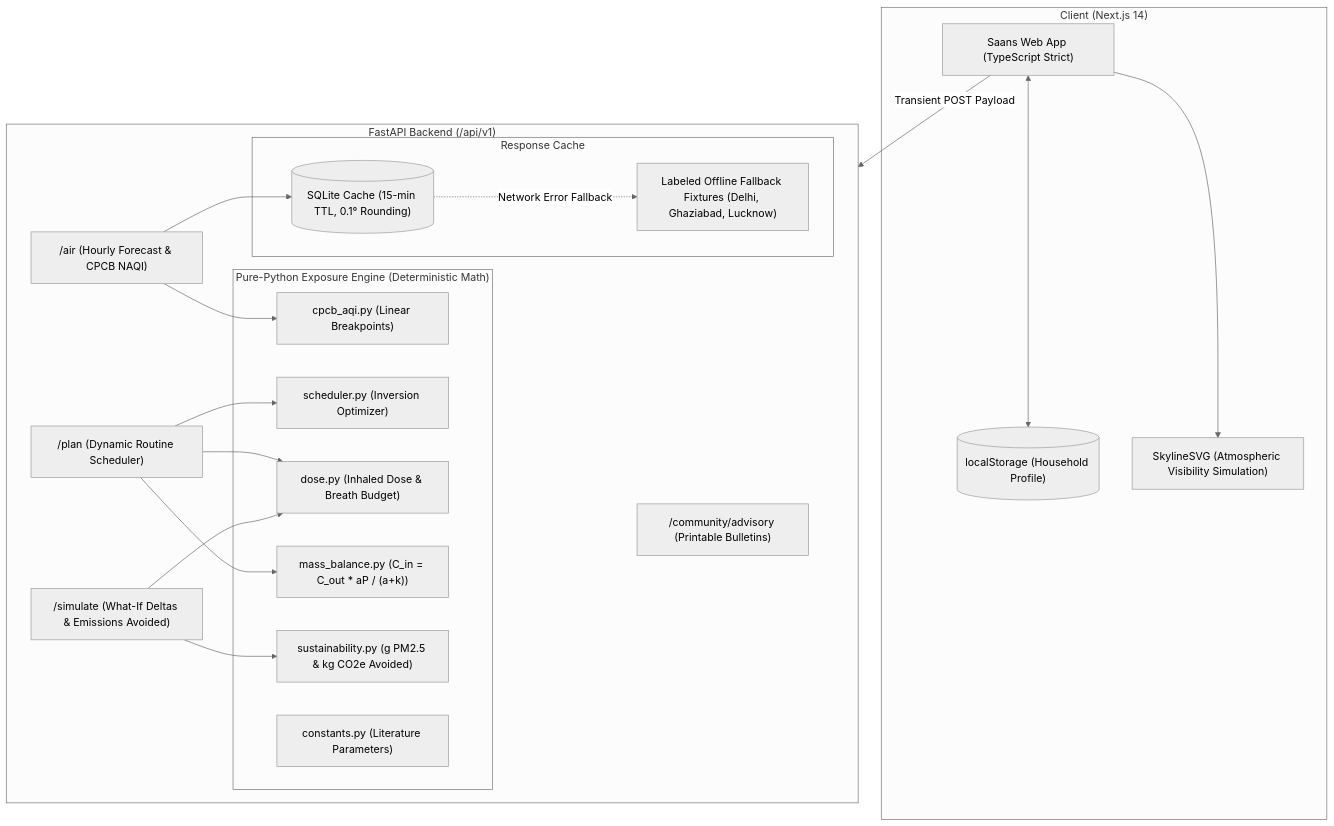
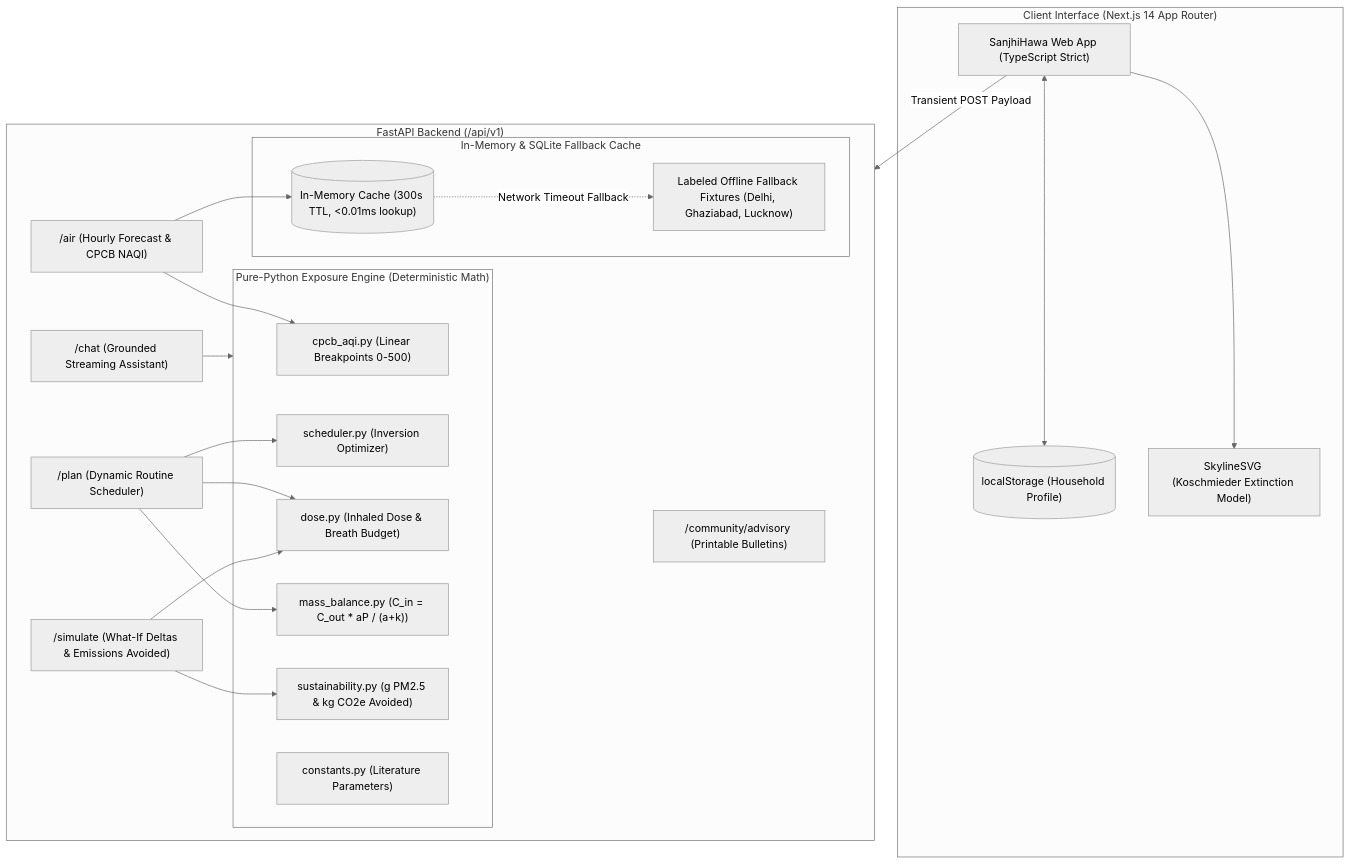
The diagram in README.md (MohanishDas07/sanjhihawa), drawn with Mermaid (neutral theme) before and after one commit. The commit also changed other lines of this file and 1 other file, not shown here.

````diff
--- a/README.md
+++ b/README.md
@@ -49,42 +50,44 @@
 ```mermaid
 flowchart TD
-    subgraph Browser ["Client (Next.js 14)"]
-        UI["Saans Web App (TypeScript Strict)"]
+    subgraph Browser ["Client Interface (Next.js 14 App Router)"]
+        UI["SanjhiHawa Web App (TypeScript Strict)"]
         LocalStorage[("localStorage (Household Profile)")]
-        Skyline["SkylineSVG (Atmospheric Visibility Simulation)"]
+        Skyline["SkylineSVG (Koschmieder Extinction Model)"]
         
         UI <--> LocalStorage
         UI --> Skyline
     end
 
     subgraph Backend ["FastAPI Backend (/api/v1)"]
         RouterAir["/air (Hourly Forecast & CPCB NAQI)"]
         RouterPlan["/plan (Dynamic Routine Scheduler)"]
         RouterSim["/simulate (What-If Deltas & Emissions Avoided)"]
         RouterCommunity["/community/advisory (Printable Bulletins)"]
+        RouterChat["/chat (Grounded Streaming Assistant)"]
         
         subgraph Engine ["Pure-Python Exposure Engine (Deterministic Math)"]
-            CPCBAQI["cpcb_aqi.py (Linear Breakpoints)"]
+            CPCBAQI["cpcb_aqi.py (Linear Breakpoints 0-500)"]
             MassBalance["mass_balance.py (C_in = C_out * aP / (a+k))"]
             DoseCalc["dose.py (Inhaled Dose & Breath Budget)"]
             Scheduler["scheduler.py (Inversion Optimizer)"]
             Sustainability["sustainability.py (g PM2.5 & kg CO2e Avoided)"]
             Constants["constants.py (Literature Parameters)"]
         end
         
-        subgraph Cache ["Response Cache"]
-            SQLiteCache[("SQLite Cache (15-min TTL, 0.1° Rounding)")]
+        subgraph Cache ["In-Memory & SQLite Fallback Cache"]
+            MemCache[("In-Memory Cache (300s TTL, <0.01ms lookup)")]
             Fixtures["Labeled Offline Fallback Fixtures (Delhi, Ghaziabad, Lucknow)"]
         end
     end
 
     UI -->|"Transient POST Payload"| Backend
     RouterAir --> CPCBAQI
-    RouterAir --> SQLiteCache
-    SQLiteCache -.->|"Network Error Fallback"| Fixtures
+    RouterAir --> MemCache
+    MemCache -.->|"Network Timeout Fallback"| Fixtures
     RouterPlan --> Scheduler
     RouterPlan --> DoseCalc
     RouterPlan --> MassBalance
     RouterSim --> Sustainability
     RouterSim --> DoseCalc
+    RouterChat --> Engine
 ```
````
